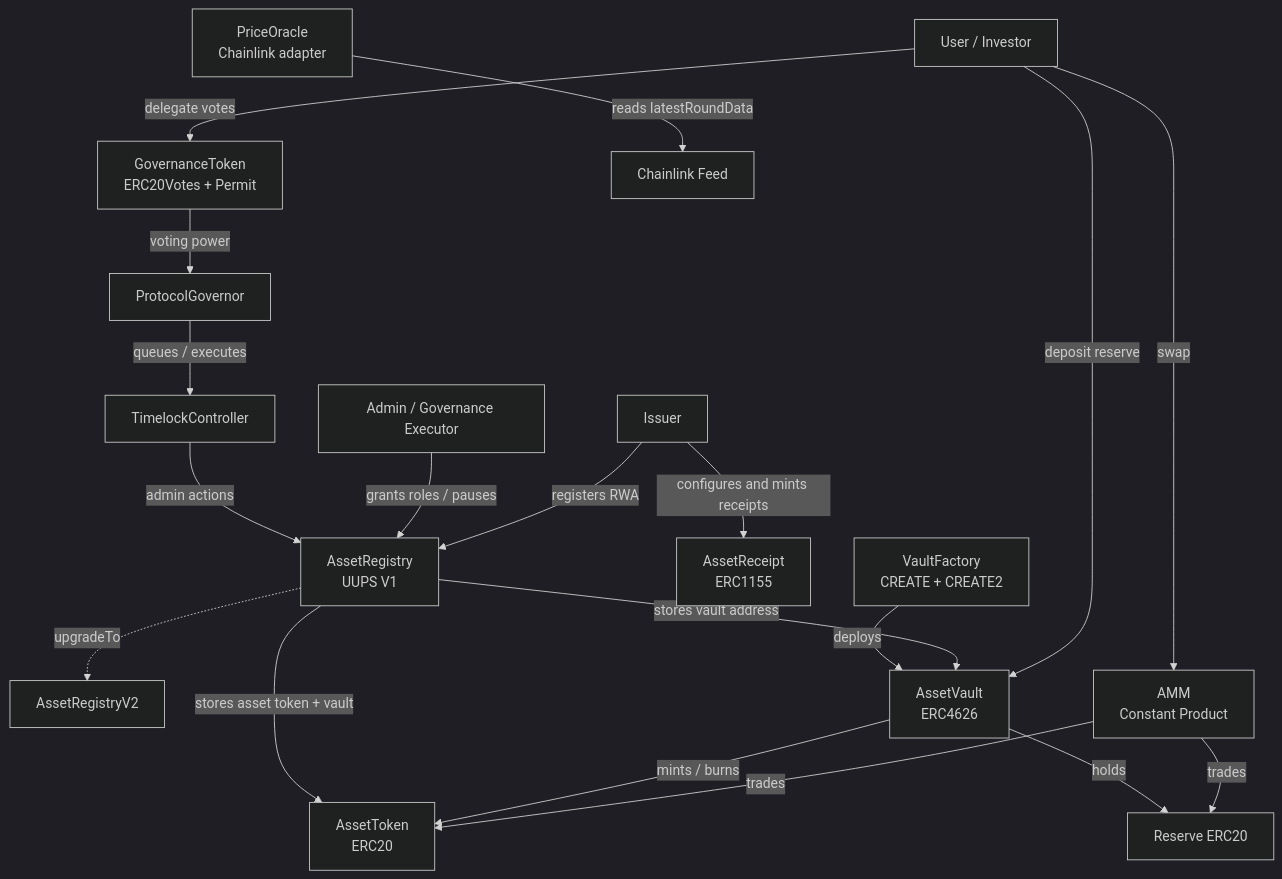
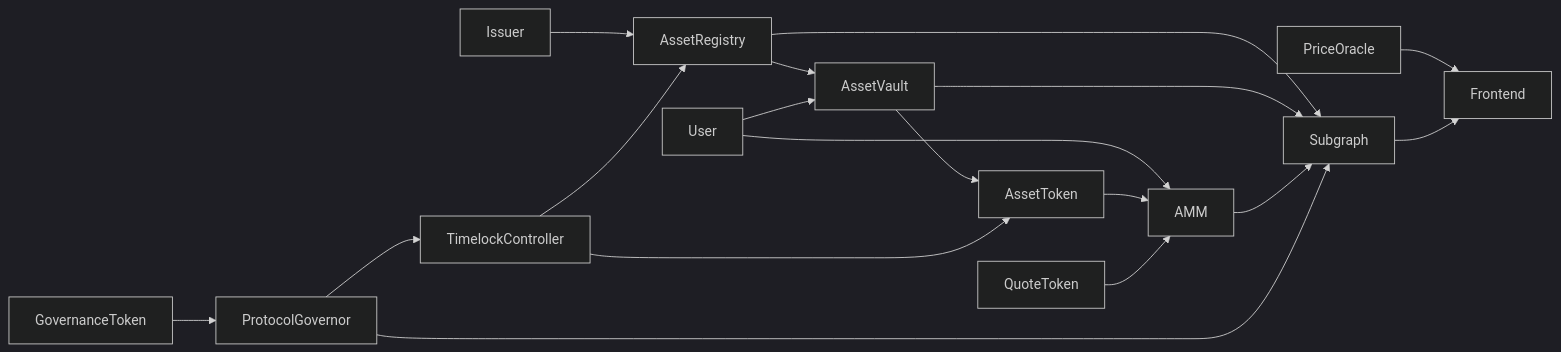
The first of 4 diagrams in docs/architecture/architecture.md (AlikShal/Blockchain2_FINAL_Alikhan_Zarina), drawn with Mermaid (dark theme) before and after one commit. The commit also changed other lines of this file and 69 other files, not shown here.

````diff
--- a/docs/architecture/architecture.md
+++ b/docs/architecture/architecture.md
@@ -40,45 +30,20 @@
 ```mermaid
-flowchart TD
-    User[User / Investor]
-    Issuer[Issuer]
-    Admin[Admin / Governance Executor]
-
-    GOV[GovernanceToken<br/>ERC20Votes + Permit]
-    Governor[ProtocolGovernor]
-    Timelock[TimelockController]
-
-    Registry[AssetRegistry<br/>UUPS V1]
-    RegistryV2[AssetRegistryV2]
-    Receipt[AssetReceipt<br/>ERC1155]
-    AssetToken[AssetToken<br/>ERC20]
-    Vault[AssetVault<br/>ERC4626]
-    Factory[VaultFactory<br/>CREATE + CREATE2]
-    Oracle[PriceOracle<br/>Chainlink adapter]
-    Feed[Chainlink Feed]
-    AMM[AMM<br/>Constant Product]
-    Reserve[Reserve ERC20]
-
-    User -->|delegate votes| GOV
-    GOV -->|voting power| Governor
-    Governor -->|queues / executes| Timelock
-    Timelock -->|admin actions| Registry
-
-    Admin -->|grants roles / pauses| Registry
-    Issuer -->|registers RWA| Registry
-    Issuer -->|configures and mints receipts| Receipt
-    Factory -->|deploys| Vault
-
-    Registry -->|stores asset token + vault| AssetToken
-    Registry -->|stores vault address| Vault
-    Registry -. upgradeTo .-> RegistryV2
-
-    User -->|deposit reserve| Vault
-    Vault -->|mints / burns| AssetToken
-    Vault -->|holds| Reserve
-
-    User -->|swap| AMM
-    AMM -->|trades| AssetToken
-    AMM -->|trades| Reserve
-
-    Oracle -->|reads latestRoundData| Feed
+flowchart LR
+    Issuer --> Registry[AssetRegistry]
+    Registry --> Vault[AssetVault]
+    Vault --> AssetToken[AssetToken]
+    User --> Vault
+    User --> AMM
+    AssetToken --> AMM
+    QuoteToken --> AMM
+    GovToken[GovernanceToken] --> Governor[ProtocolGovernor]
+    Governor --> Timelock[TimelockController]
+    Timelock --> Registry
+    Timelock --> AssetToken
+    Oracle[PriceOracle] --> Frontend
+    Registry --> Subgraph
+    Vault --> Subgraph
+    AMM --> Subgraph
+    Governor --> Subgraph
+    Subgraph --> Frontend
 ```
````
